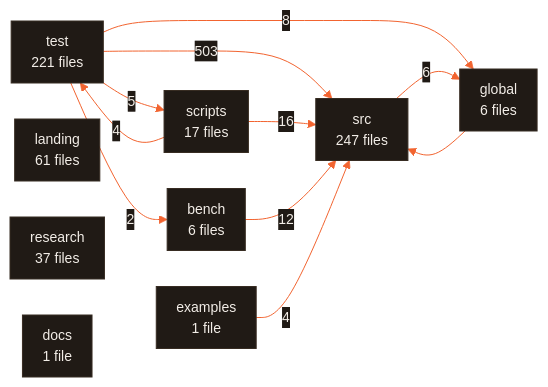
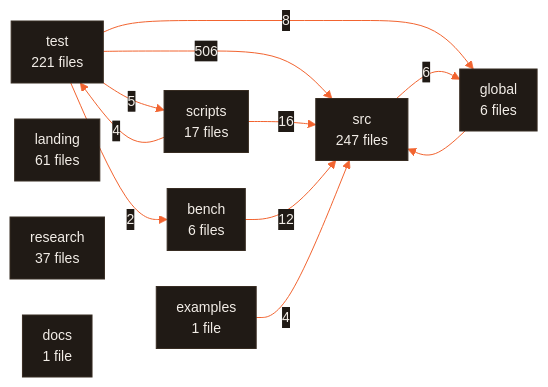
One commit to CodeWithJuber/forgekit changed the diagram in ARCHITECTURE.md. Above: the diagram before and after it, drawn with Mermaid. The commit also changed 13 other files, not shown here.

````diff
--- a/ARCHITECTURE.md
+++ b/ARCHITECTURE.md
@@ -680,23 +680,23 @@
 ```mermaid
 %%{init: {'theme':'base','themeVariables':{'primaryColor':'#201a15','primaryTextColor':'#f2ede7','primaryBorderColor':'#372c22','lineColor':'#f26430','secondaryColor':'#272019','tertiaryColor':'#171310','edgeLabelBackground':'#201a15','clusterBkg':'#171310','clusterBorder':'#4a3b2e','fontFamily':'ui-sans-serif, system-ui, sans-serif','fontSize':'14px'},'flowchart':{'curve':'basis','padding':10,'nodeSpacing':36,'rankSpacing':44}}}%%
 flowchart LR
   src["src<br/>247 files"]
   test["test<br/>221 files"]
   landing["landing<br/>61 files"]
   research["research<br/>37 files"]
   scripts["scripts<br/>17 files"]
   bench["bench<br/>6 files"]
   global["global<br/>6 files"]
   docs["docs<br/>1 file"]
   examples["examples<br/>1 file"]
-  test -- 503 --> src
+  test -- 506 --> src
   scripts -- 16 --> src
   bench -- 12 --> src
   test -- 8 --> global
   src -- 6 --> global
   test -- 5 --> scripts
   examples -- 4 --> src
   scripts -- 4 --> test
   test -- 2 --> bench
   global --> src
 ```
````
